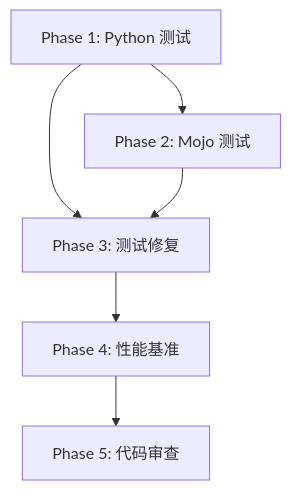
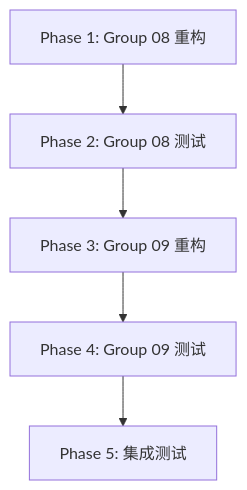
The diagram in .planning/ROADMAP.md (4693887178/hello_mojo), drawn with Mermaid before and after one commit. The commit also changed other lines of this file and 149 other files, not shown here.

````diff
--- a/.planning/ROADMAP.md
+++ b/.planning/ROADMAP.md
@@ -116,8 +119,7 @@
 ```mermaid
 graph TD
-    P1[Phase 1: Python 测试] --> P2[Phase 2: Mojo 测试]
-    P1 --> P3[Phase 3: 测试修复]
-    P2 --> P3
-    P3 --> P4[Phase 4: 性能基准]
-    P4 --> P5[Phase 5: 代码审查]
+    P1[Phase 1: Group 08 重构] --> P2[Phase 2: Group 08 测试]
+    P2 --> P3[Phase 3: Group 09 重构]
+    P3 --> P4[Phase 4: Group 09 测试]
+    P4 --> P5[Phase 5: 集成测试]
 ```
````
